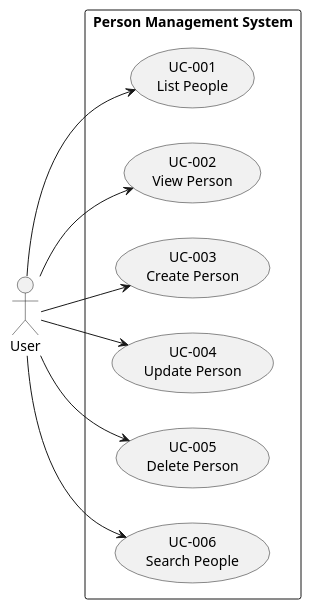
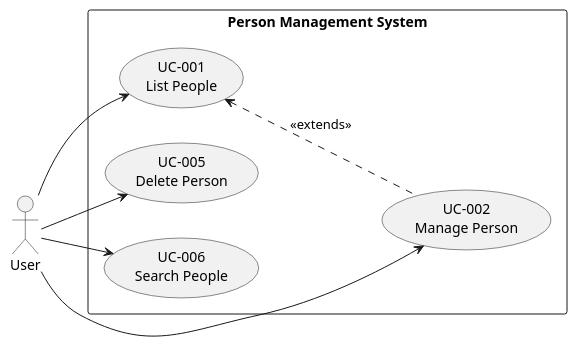
Before and after one commit to simasch/crud: the diagram in docs/use_cases.puml, drawn with PlantUML. The commit also changed 5 other files, not shown here.

Commit message:
Implement "Manage Person" use case with CRUD functionality, including PersonForm, updated repository, service, and UI integration.

```diff
--- a/docs/use_cases.puml
+++ b/docs/use_cases.puml
@@ -1,23 +1,21 @@
 @startuml use_cases
 left to right direction
 skinparam packageStyle rectangle
 
 actor "User" as user
 
 rectangle "Person Management System" {
     usecase "UC-001\nList People" as UC001
-    usecase "UC-002\nView Person" as UC002
-    usecase "UC-003\nCreate Person" as UC003
-    usecase "UC-004\nUpdate Person" as UC004
+    usecase "UC-002\nManage Person" as UC002
     usecase "UC-005\nDelete Person" as UC005
     usecase "UC-006\nSearch People" as UC006
 }
 
 user --> UC001
 user --> UC002
-user --> UC003
-user --> UC004
 user --> UC005
 user --> UC006
 
+UC001 <.. UC002 : <<extends>>
+
 @enduml
```
